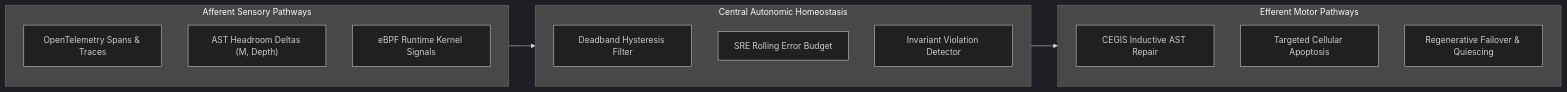
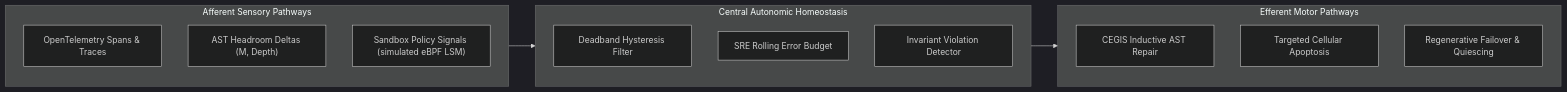
The fourth of 6 diagrams in docs/TAXONOMY.md (dan-petty/vibes), drawn with Mermaid (dark theme) before and after one commit. The commit also changed other lines of this file and 248 other files, not shown here.

````diff
--- a/docs/TAXONOMY.md
+++ b/docs/TAXONOMY.md
@@ -182,26 +184,26 @@
 ```mermaid
 flowchart LR
     subgraph Afferent ["Afferent Sensory Pathways"]
         direction TB
         S1["OpenTelemetry Spans & Traces"]
         S2["AST Headroom Deltas (M, Depth)"]
-        S3["eBPF Runtime Kernel Signals"]
+        S3["Sandbox Policy Signals (simulated eBPF LSM)"]
     end
 
     subgraph Homeostasis ["Central Autonomic Homeostasis"]
         direction TB
         H1["Deadband Hysteresis Filter"]
         H2["SRE Rolling Error Budget"]
         H3["Invariant Violation Detector"]
     end
 
     subgraph Efferent ["Efferent Motor Pathways"]
         direction TB
         E1["CEGIS Inductive AST Repair"]
         E2["Targeted Cellular Apoptosis"]
         E3["Regenerative Failover & Quiescing"]
     end
 
     Afferent --> Homeostasis
     Homeostasis --> Efferent
 ```
````
